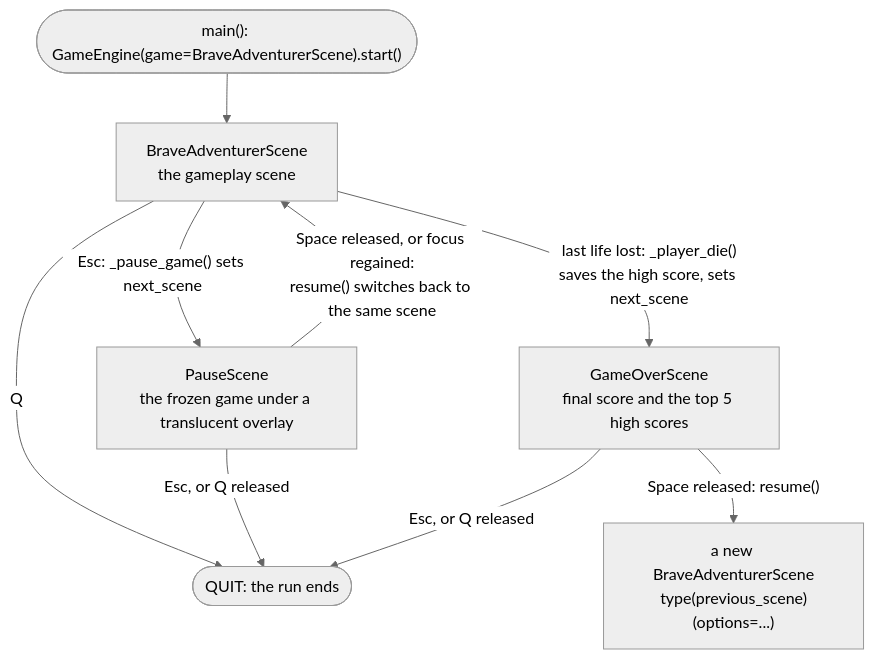
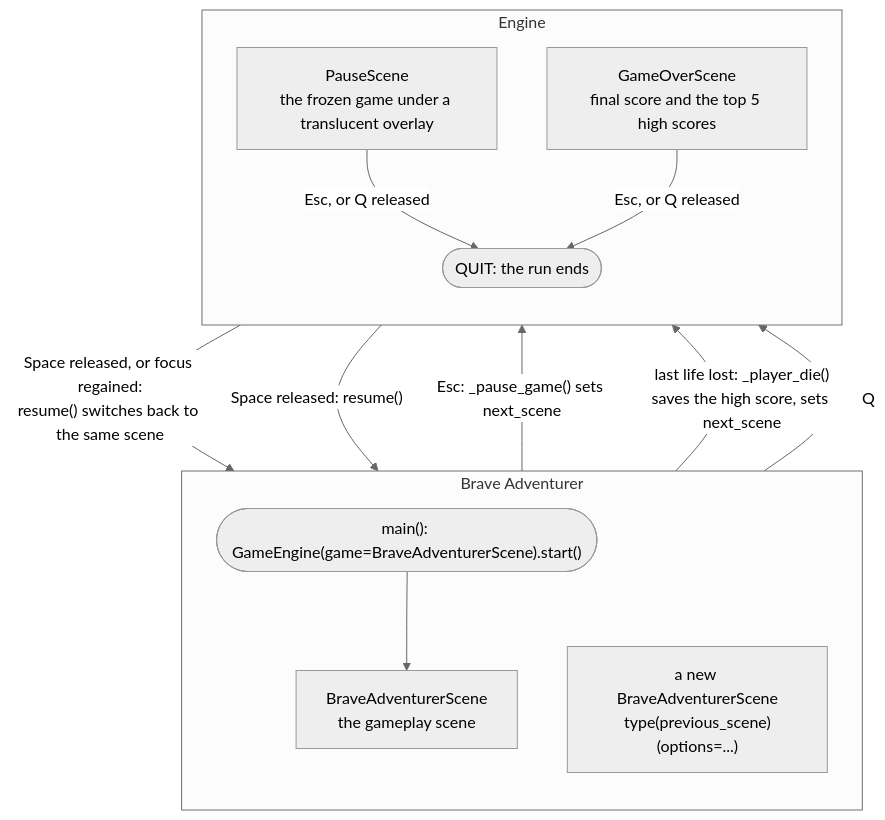
One commit to terrysimons/glitchygames changed the first of 7 diagrams in docs/games/brave_adventurer.md. Above: the diagram before and after it, drawn with Mermaid (neutral theme). The commit also changed other lines of this file and 5 other files, not shown here.

First line of the commit message:
Docs: every diagram that mixes engine and game code shows the split

````diff
--- a/docs/games/brave_adventurer.md
+++ b/docs/games/brave_adventurer.md
@@ -71,18 +77,24 @@
 ```mermaid
 flowchart TB
-    start(["main#40;#41;: GameEngine#40;game=BraveAdventurerScene#41;.start#40;#41;"])
-    play["BraveAdventurerScene<br/>the gameplay scene"]
-    pause["PauseScene<br/>the frozen game under a translucent overlay"]
-    over["GameOverScene<br/>final score and the top 5 high scores"]
-    fresh["a new BraveAdventurerScene<br/>type#40;previous_scene#41;#40;options=...#41;"]
-    quit(["QUIT: the run ends"])
+    subgraph GAME_SCENES["Brave Adventurer"]
+        direction TB
+        start(["main#40;#41;: GameEngine#40;game=BraveAdventurerScene#41;.start#40;#41;"])
+        play["BraveAdventurerScene<br/>the gameplay scene"]
+        fresh["a new BraveAdventurerScene<br/>type#40;previous_scene#41;#40;options=...#41;"]
+    end
+    subgraph ENGINE_SCENES["Engine"]
+        direction TB
+        pause["PauseScene<br/>the frozen game under a translucent overlay"]
+        over["GameOverScene<br/>final score and the top 5 high scores"]
+        quit(["QUIT: the run ends"])
+    end
 
     start --> play
     play -->|"Esc: _pause_game#40;#41; sets next_scene"| pause
     pause -->|"Space released, or focus regained:<br/>resume#40;#41; switches back to the same scene"| play
     play -->|"last life lost: _player_die#40;#41;<br/>saves the high score, sets next_scene"| over
     over -->|"Space released: resume#40;#41;"| fresh
     play -->|"Q"| quit
     pause -->|"Esc, or Q released"| quit
     over -->|"Esc, or Q released"| quit
 ```
````
